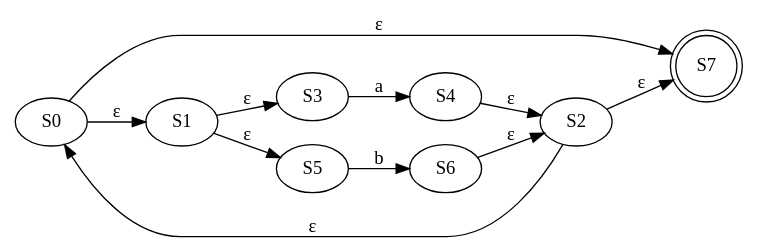
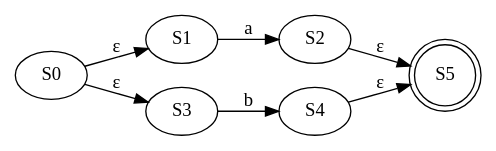
Before and after one commit to Mamdouh-Attia/regex_NFA_DFA_generator: the diagram in regex_to_min_dfa/Digraph.gv, drawn with Graphviz. The commit also changed 10 other files, not shown here.

```diff
--- a/regex_to_min_dfa/Digraph.gv
+++ b/regex_to_min_dfa/Digraph.gv
@@ -1,21 +1,15 @@
 digraph {
 	graph [rankdir=LR]
 	S0
-	S7 [shape=doublecircle]
+	S5 [shape=doublecircle]
 	S1
 	S2
 	S3
 	S4
-	S5
-	S6
 	S0 -> S1 [label="ε"]
-	S0 -> S7 [label="ε"]
-	S1 -> S3 [label="ε"]
-	S1 -> S5 [label="ε"]
-	S2 -> S0 [label="ε"]
-	S2 -> S7 [label="ε"]
-	S3 -> S4 [label=a]
-	S4 -> S2 [label="ε"]
-	S5 -> S6 [label=b]
-	S6 -> S2 [label="ε"]
+	S0 -> S3 [label="ε"]
+	S1 -> S2 [label=a]
+	S2 -> S5 [label="ε"]
+	S3 -> S4 [label=b]
+	S4 -> S5 [label="ε"]
 }
```
